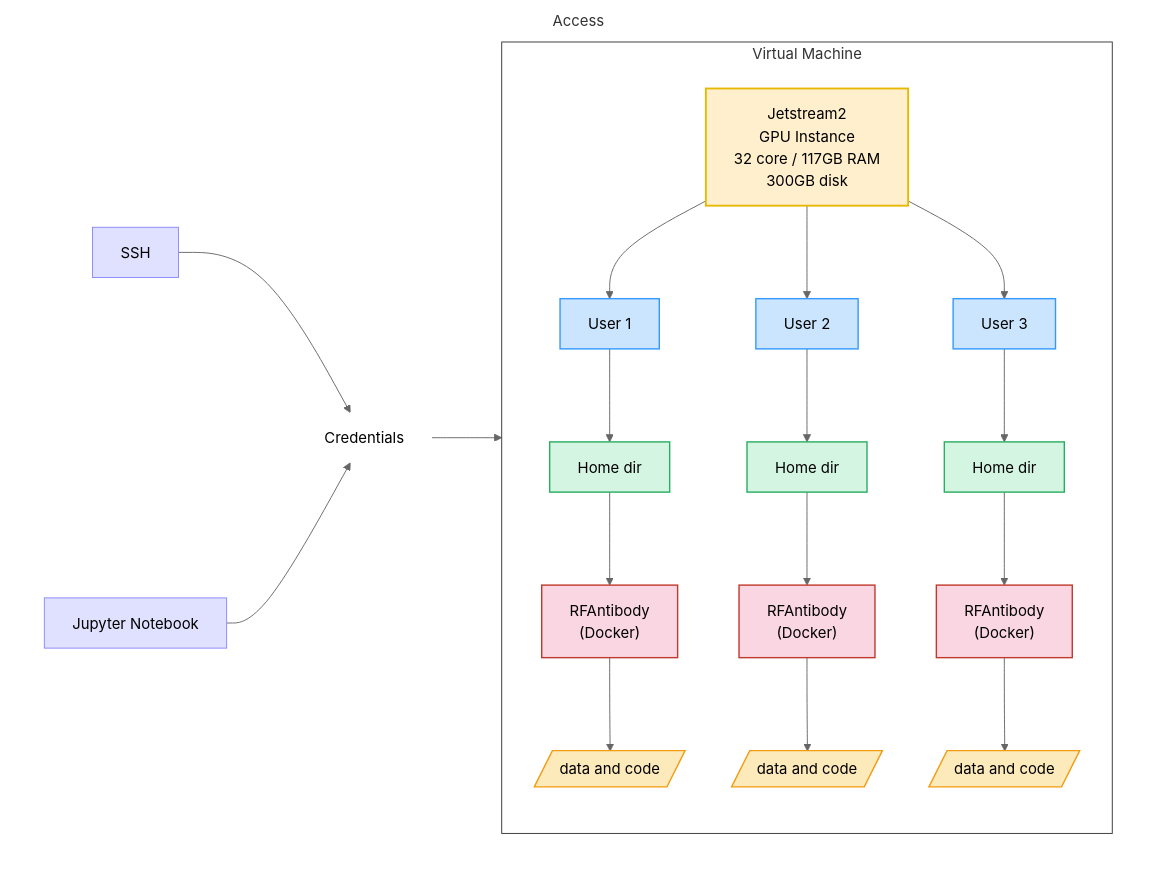
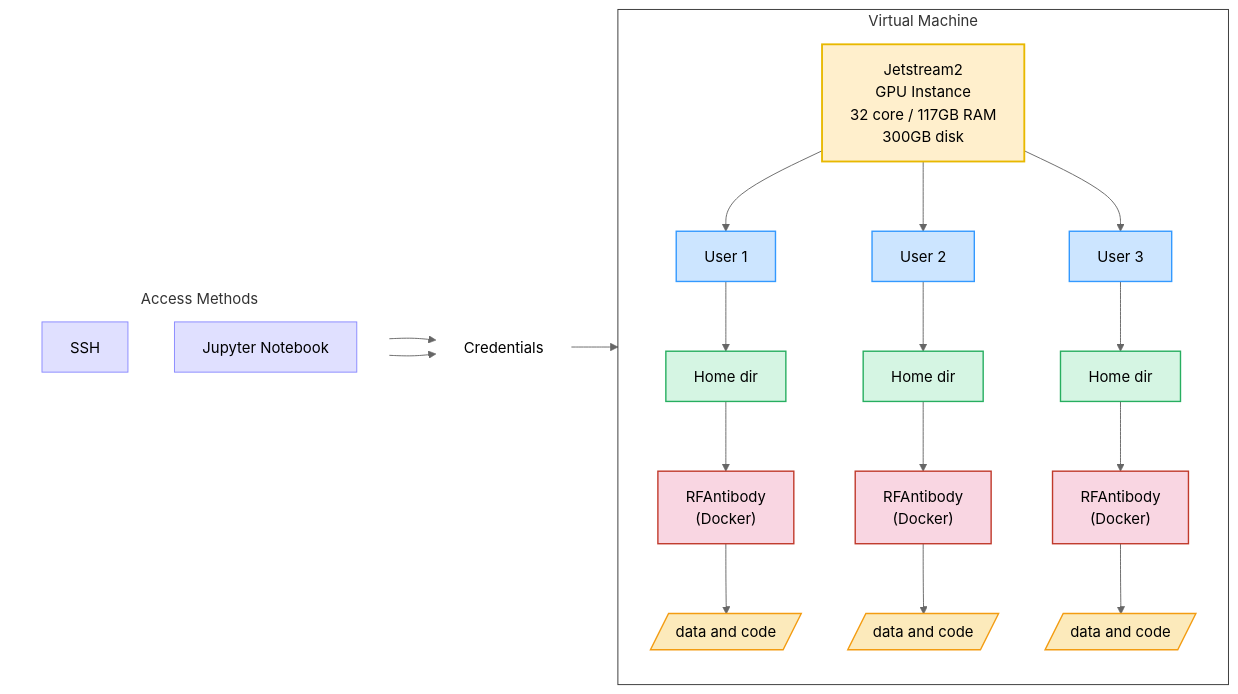
Before and after one commit to AntibodyEngineers/2025-Antibodies-and-AI: the diagram in README.md, drawn with Mermaid (neutral theme).

````diff
--- a/README.md
+++ b/README.md
@@ -9,33 +9,37 @@
 ```mermaid
 flowchart LR
 
 %% Access methods to VM
-subgraph ide0 [Access]
-  direction LR
-  SSH1[SSH]:::access --> ACC[Credentials]:::spacer
-  Jupyter1[Jupyter Notebook]:::access --> ACC
-  ACC --> ide1
+subgraph Access [ Access Methods ]
+  direction TB
+  SSH1[SSH]:::access
+  Jupyter1[Jupyter Notebook]:::access
 end
 
+%% Connect Access to next block
+SSH1 --> ACC[Credentials]:::spacer
+Jupyter1 --> ACC
+ACC --> VM
+
 %% VM and user structure
-subgraph ide1 [Virtual Machine]
+subgraph VM [Virtual Machine]
   direction TB
   A["Jetstream2<br/>GPU Instance<br/>32 core / 117GB RAM<br/>300GB disk"]:::gpu
   A --> B[User 1]:::user --> C[Home dir]:::home --> D["RFAntibody<br/>(Docker)"]:::docker --> E[/data and code/]:::data
   A --> B2[User 2]:::user --> C2[Home dir]:::home --> D2["RFAntibody<br/>(Docker)"]:::docker --> E2[/data and code/]:::data
   A --> B3[User 3]:::user --> C3[Home dir]:::home --> D3["RFAntibody<br/>(Docker)"]:::docker --> E3[/data and code/]:::data
 end
 
 %% Style definitions
 classDef gpu fill:#ffefcc,stroke:#e8b800,stroke-width:2px;
 classDef user fill:#cce5ff,stroke:#3399ff,stroke-width:1.5px;
 classDef home fill:#d5f5e3,stroke:#27ae60,stroke-width:1.5px;
 classDef docker fill:#f9d6e2,stroke:#c0392b,stroke-width:1.5px;
 classDef data fill:#fceabb,stroke:#f39c12,stroke-width:1.5px;
 classDef access fill:#e0e0ff,stroke:#8888ff,stroke-width:1px;
 classDef clear fill:#FFFFFF00,stroke:#FFFFFF00;
 classDef box fill:#FFFFFF00,stroke:#333;
 classDef spacer fill:transparent,stroke:transparent;
-  class ide0 clear
-  class ide1 box
+  class Access clear
+  class VM box
 ```
````
